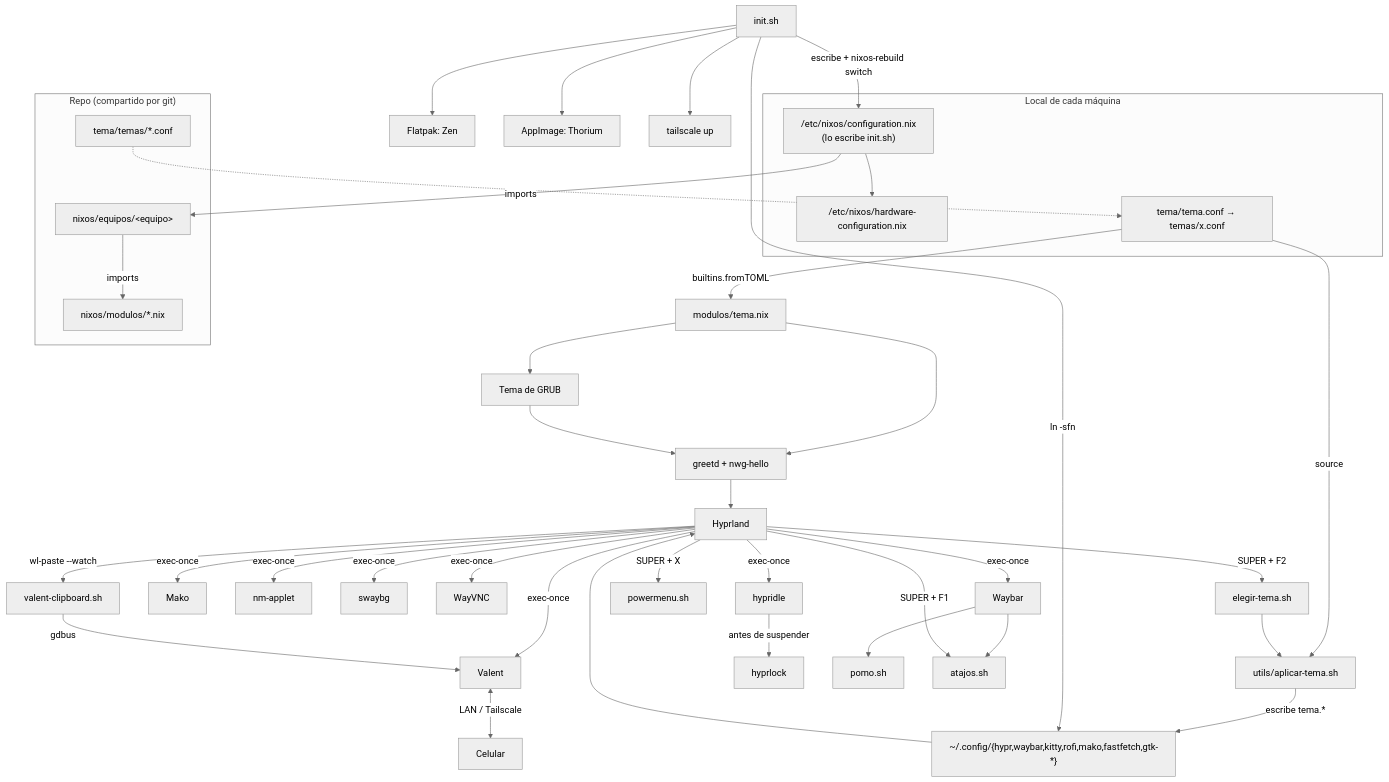
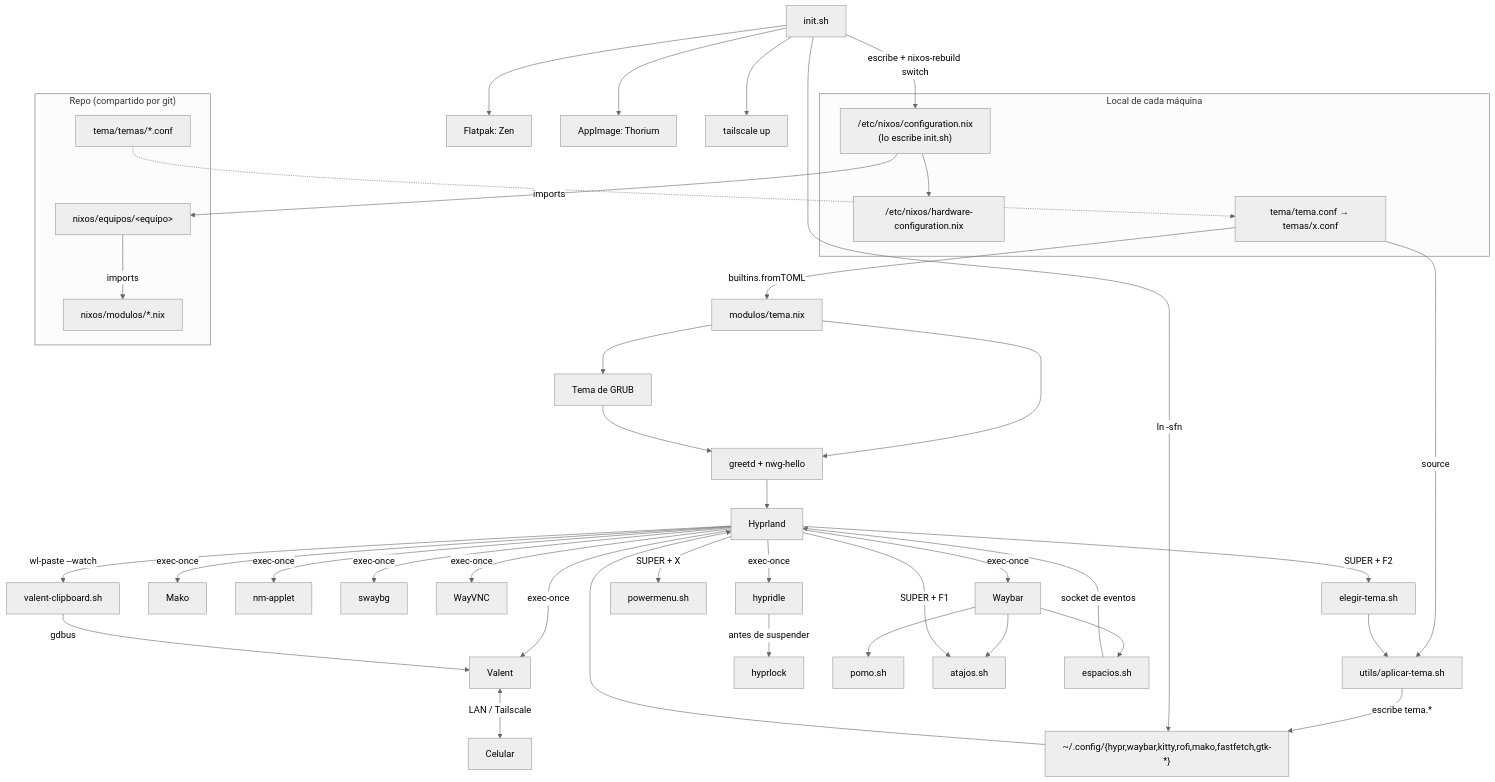
Before and after one commit to Giovanni1906/dotfiles-nixos: the diagram in docs/contexto/01-arquitectura.md, drawn with Mermaid (neutral theme). The commit also changed other lines of this file and 5 other files, not shown here.

````diff
--- a/docs/contexto/01-arquitectura.md
+++ b/docs/contexto/01-arquitectura.md
@@ -75,28 +75,29 @@
 ```mermaid
 flowchart TD
     subgraph Repo["Repo (compartido por git)"]
         EQ["nixos/equipos/&lt;equipo&gt;"] -->|imports| MOD["nixos/modulos/*.nix"]
         TEMAS["tema/temas/*.conf"]
     end
     subgraph Local["Local de cada máquina"]
         CONF["/etc/nixos/configuration.nix<br/>(lo escribe init.sh)"] --> HW["/etc/nixos/hardware-configuration.nix"]
         TEMA["tema/tema.conf → temas/x.conf"]
     end
     CONF -->|imports| EQ
     TEMAS -.-> TEMA
     TEMA -->|builtins.fromTOML| TNIX[modulos/tema.nix] --> GRUB[Tema de GRUB] & GREETD[greetd + nwg-hello]
     TEMA -->|source| APLICAR[utils/aplicar-tema.sh] -->|escribe tema.*| CFG
     INIT[init.sh] -->|ln -sfn| CFG["~/.config/{hypr,waybar,kitty,rofi,mako,fastfetch,gtk-*}"]
     INIT -->|escribe + nixos-rebuild switch| CONF
     INIT --> FLAT[Flatpak: Zen] & APPI[AppImage: Thorium] & TS[tailscale up]
     GRUB --> GREETD --> HYPR[Hyprland]
     CFG --> HYPR
     HYPR -->|exec-once| WAYBAR[Waybar] & MAKO[Mako] & VALENT[Valent] & NMA[nm-applet] & SWAYBG[swaybg] & VNC[WayVNC] & IDLE[hypridle]
     IDLE -->|antes de suspender| LOCK[hyprlock]
-    WAYBAR --> POMO[pomo.sh] & ATAJOS[atajos.sh]
+    WAYBAR --> POMO[pomo.sh] & ATAJOS[atajos.sh] & ESPACIOS[espacios.sh]
+    ESPACIOS -->|socket de eventos| HYPR
     HYPR -->|SUPER + F1| ATAJOS
     HYPR -->|SUPER + F2| ELEGIR[elegir-tema.sh] --> APLICAR
     HYPR -->|SUPER + X| POWER[powermenu.sh]
     HYPR -->|wl-paste --watch| CLIP[valent-clipboard.sh] -->|gdbus| VALENT
     VALENT <-->|LAN / Tailscale| PHONE[Celular]
 ```
````
